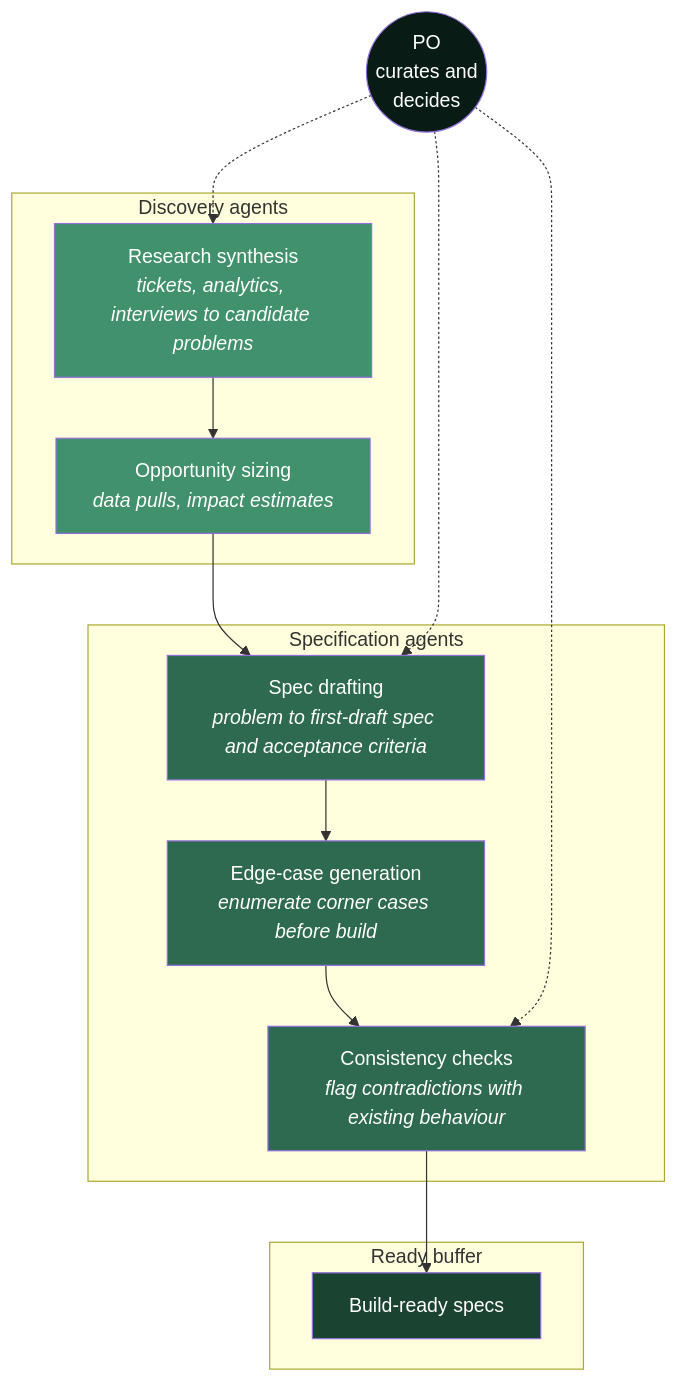
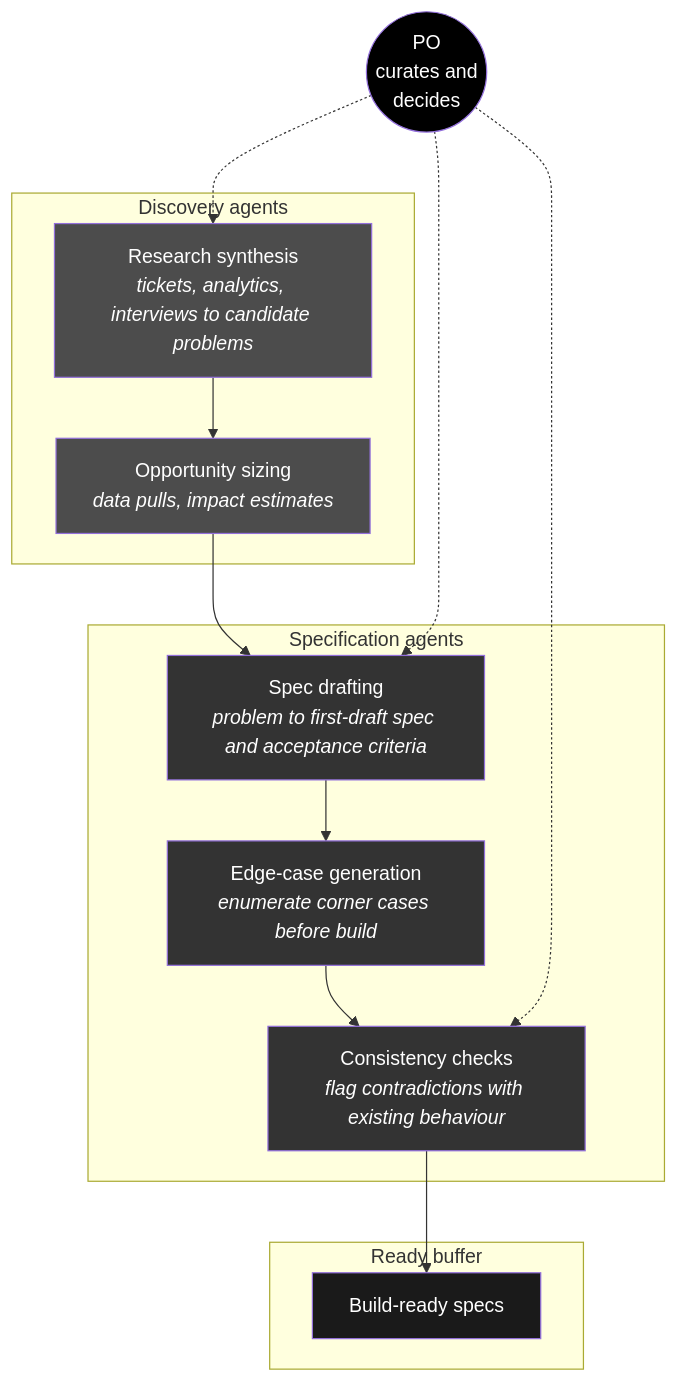
One commit to RED-Internal-Development/delivery-operating-model changed the fourth of 7 diagrams in docs/future-delivery-operating-model.md. Above: the diagram before and after it, drawn with Mermaid. The commit also changed other lines of this file, not shown here.

````diff
--- a/docs/future-delivery-operating-model.md
+++ b/docs/future-delivery-operating-model.md
@@ -135,28 +135,28 @@
 ```mermaid
 flowchart TB
     subgraph Discovery["Discovery agents"]
         DS["Research synthesis<br/><i>tickets, analytics, interviews to candidate problems</i>"]
         OP["Opportunity sizing<br/><i>data pulls, impact estimates</i>"]
     end
     subgraph Spec["Specification agents"]
         SD["Spec drafting<br/><i>problem to first-draft spec and acceptance criteria</i>"]
         EC["Edge-case generation<br/><i>enumerate corner cases before build</i>"]
         CC["Consistency checks<br/><i>flag contradictions with existing behaviour</i>"]
     end
     subgraph Buffer["Ready buffer"]
         RB["Build-ready specs"]
     end
 
     DS --> OP --> SD --> EC --> CC --> RB
     PO(("PO<br/>curates and<br/>decides")) -.-> SD
     PO -.-> DS
     PO -.-> CC
 
-    style DS fill:#40916c,color:#fff
-    style OP fill:#40916c,color:#fff
-    style SD fill:#2d6a4f,color:#fff
-    style EC fill:#2d6a4f,color:#fff
-    style CC fill:#2d6a4f,color:#fff
-    style RB fill:#1b4332,color:#fff
-    style PO fill:#081c15,color:#fff
+    style DS fill:#4C4C4C,color:#fff
+    style OP fill:#4C4C4C,color:#fff
+    style SD fill:#333333,color:#fff
+    style EC fill:#333333,color:#fff
+    style CC fill:#333333,color:#fff
+    style RB fill:#1A1A1A,color:#fff
+    style PO fill:#000000,color:#fff
 ```
````
